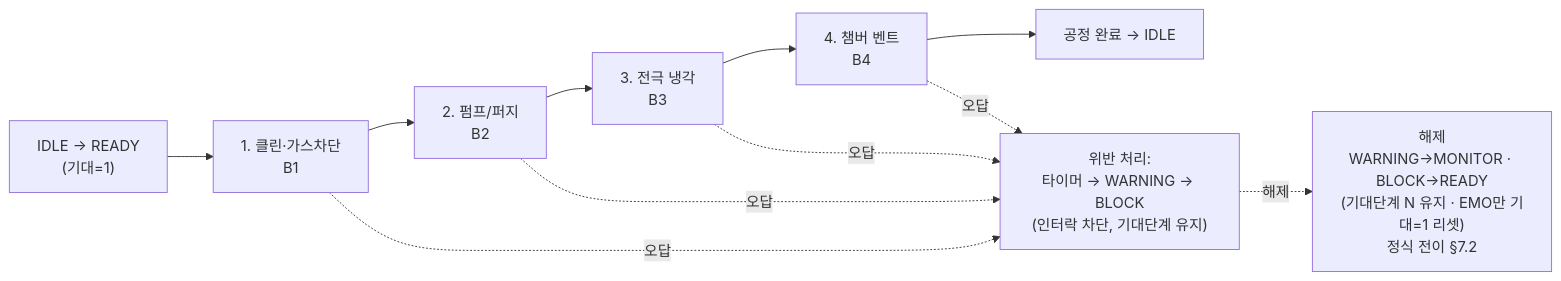
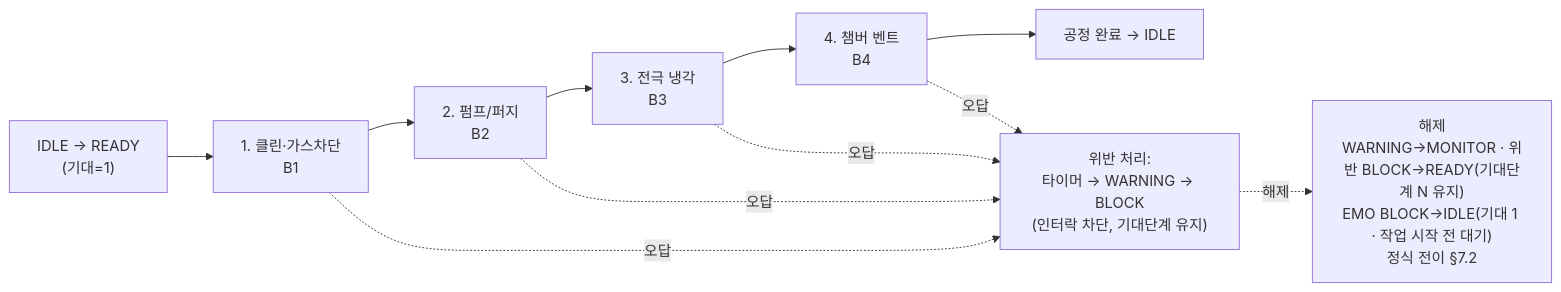
The first of 6 diagrams in docs/통합문서.md (kimem9859-arch/sop-project), drawn with Mermaid before and after one commit. The commit also changed other lines of this file and 2 other files, not shown here.

First line of the commit message:
docs(정본): 판정 수정 ① 최종 리뷰 반영 — §5.2·§7.2 도식 새 규칙 · §7.1 IDLE · [CURRENT] 대표값은 변경 전 유지(새 값 별도 · 선택 편향) · §12.31 홀드아웃 봉인 해제 표시 · §12.74 한계(현 구성 미이전·EMO 제외 대가) · 공동 확인 전 ✅ 제거

````diff
--- a/docs/통합문서.md
+++ b/docs/통합문서.md
@@ -400,13 +400,13 @@
 ```mermaid
 flowchart LR
     S0["IDLE → READY<br/>(기대=1)"] --> S1["1. 클린·가스차단<br/>B1"]
     S1 --> S2["2. 펌프/퍼지<br/>B2"]
     S2 --> S3["3. 전극 냉각<br/>B3"]
     S3 --> S4["4. 챔버 벤트<br/>B4"]
     S4 --> DONE["공정 완료 → IDLE"]
     S1 -. 오답 .-> V["위반 처리:<br/>타이머 → WARNING → BLOCK<br/>(인터락 차단, 기대단계 유지)"]
     S2 -. 오답 .-> V
     S3 -. 오답 .-> V
     S4 -. 오답 .-> V
-    V -. 해제 .-> R["해제<br/>WARNING→MONITOR · BLOCK→READY<br/>(기대단계 N 유지 · EMO만 기대=1 리셋)<br/>정식 전이 §7.2"]
+    V -. 해제 .-> R["해제<br/>WARNING→MONITOR · 위반 BLOCK→READY(기대단계 N 유지)<br/>EMO BLOCK→IDLE(기대 1 · 작업 시작 전 대기)<br/>정식 전이 §7.2"]
 ```
````
